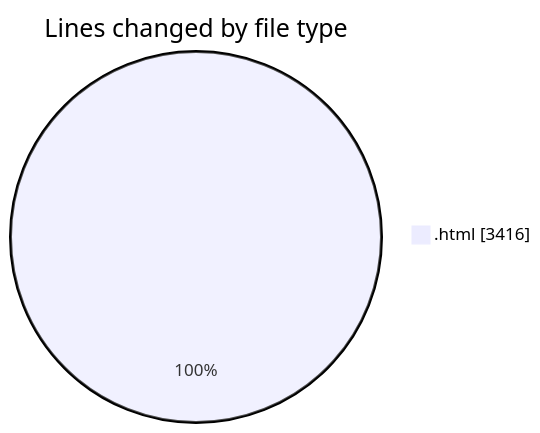
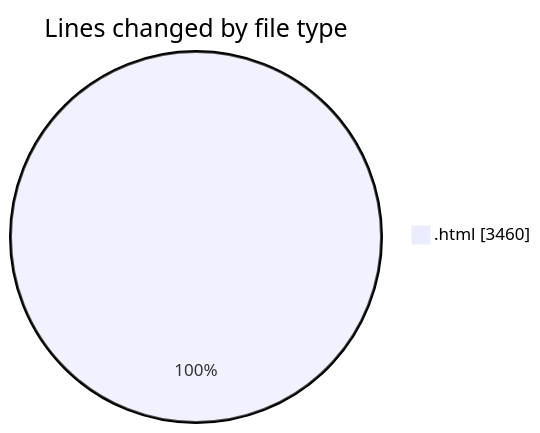
Before and after one commit to nxtqubesakshisongat/code-tracking: the first of 2 diagrams in 2025-08-09/nxtqube_webapp/README.md, drawn with Mermaid. The commit also changed other lines of this file and 1 other file, not shown here.

````diff
--- a/2025-08-09/nxtqube_webapp/README.md
+++ b/2025-08-09/nxtqube_webapp/README.md
@@ -20,5 +20,5 @@
 ```mermaid
 pie showData
 title Lines changed by file type
-".html" : 3416
+".html" : 3460
 ```
````
